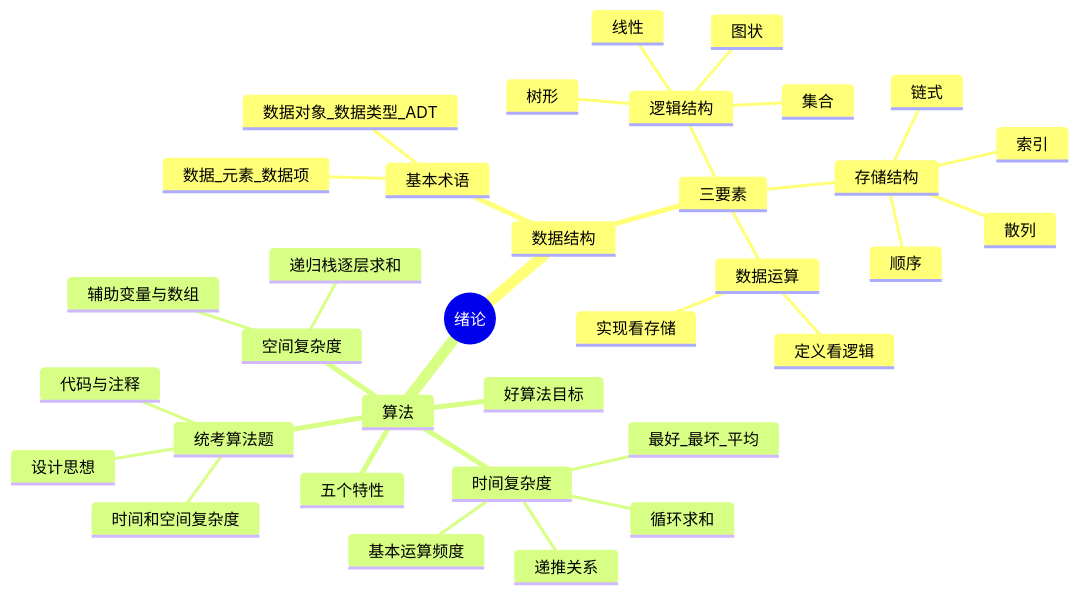
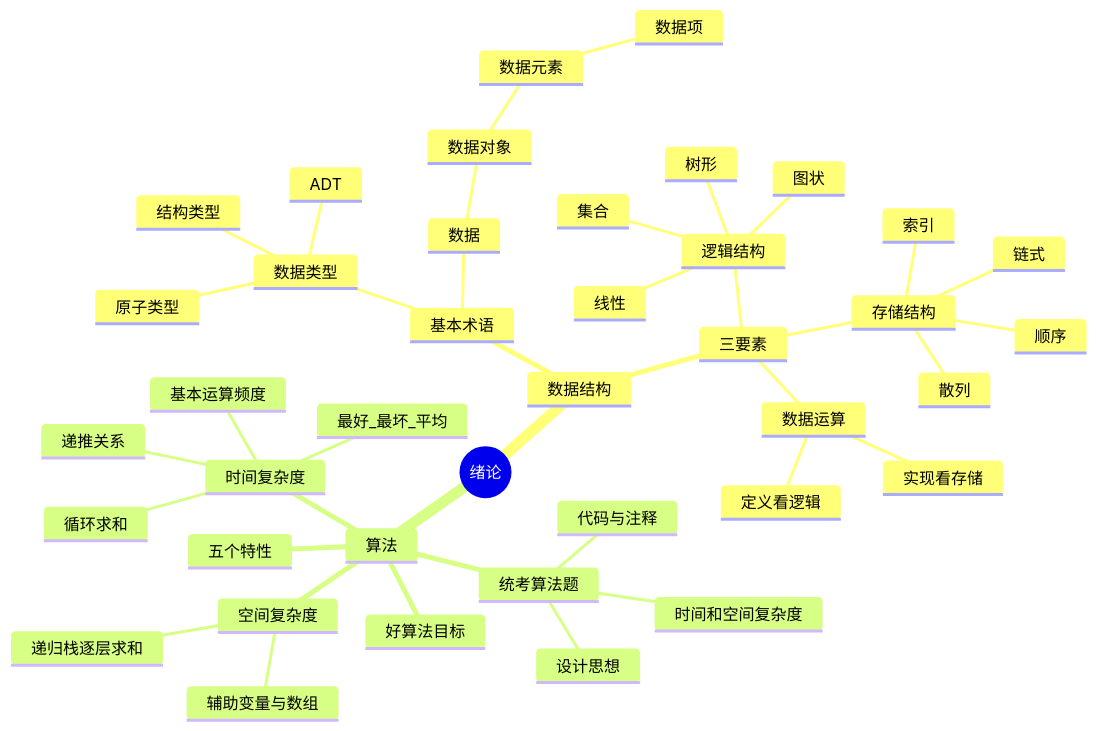
One commit to Cthaat/Obsidian changed the diagram in 408/408考研笔记/数据结构/01-绪论.md. Above: the diagram before and after it, drawn with Mermaid. The commit also changed other lines of this file and 2 other files, not shown here.

````diff
--- a/408/408考研笔记/数据结构/01-绪论.md
+++ b/408/408考研笔记/数据结构/01-绪论.md
@@ -32,37 +32,43 @@
 ```mermaid
 mindmap
   root((绪论))
     数据结构
       基本术语
-        数据_元素_数据项
-        数据对象_数据类型_ADT
+        数据
+          数据对象
+            数据元素
+              数据项
+        数据类型
+          原子类型
+          结构类型
+          ADT
       三要素
         逻辑结构
           集合
           线性
           树形
           图状
         存储结构
           顺序
           链式
           索引
           散列
         数据运算
           定义看逻辑
           实现看存储
     算法
       五个特性
       好算法目标
       时间复杂度
         基本运算频度
         最好_最坏_平均
         循环求和
         递推关系
       空间复杂度
         辅助变量与数组
         递归栈逐层求和
       统考算法题
         设计思想
         代码与注释
         时间和空间复杂度
 ```
````
